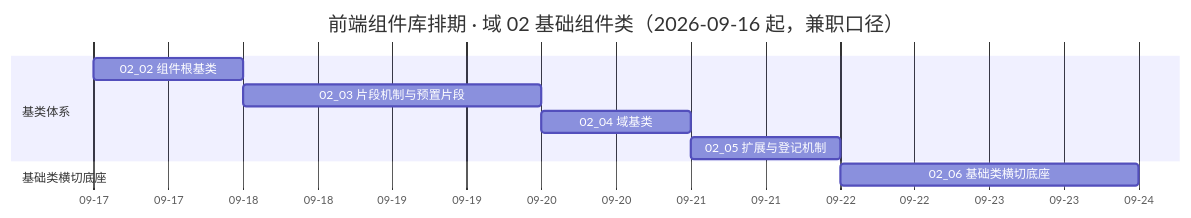
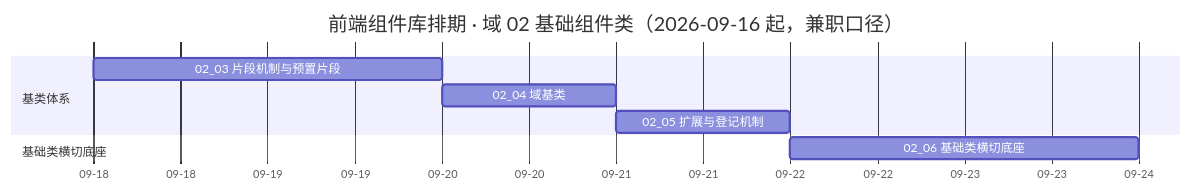
The diagram in bms文档/项目/04_前端组件库/计划/01_计划_前端组件库.md (minjian123/basic-management-system), drawn with Mermaid before and after one commit. The commit also changed other lines of this file and 29 other files, not shown here.

````diff
--- a/bms文档/项目/04_前端组件库/计划/01_计划_前端组件库.md
+++ b/bms文档/项目/04_前端组件库/计划/01_计划_前端组件库.md
@@ -53,13 +57,12 @@
 ```mermaid
 gantt
     title 前端组件库排期 · 域 02 基础组件类（2026-09-16 起，兼职口径）
     dateFormat  YYYY-MM-DD
     axisFormat %m-%d
     section 基类体系
-    02_02 组件根基类 :t0202, 2026-09-17, 1d
     02_03 片段机制与预置片段 :t0203, 2026-09-18, 2d
     02_04 域基类 :t0204, 2026-09-20, 1d
     02_05 扩展与登记机制 :t0205, 2026-09-21, 1d
     section 基础类横切底座
     02_06 基础类横切底座 :t0206, 2026-09-22, 2d
 ```
````
